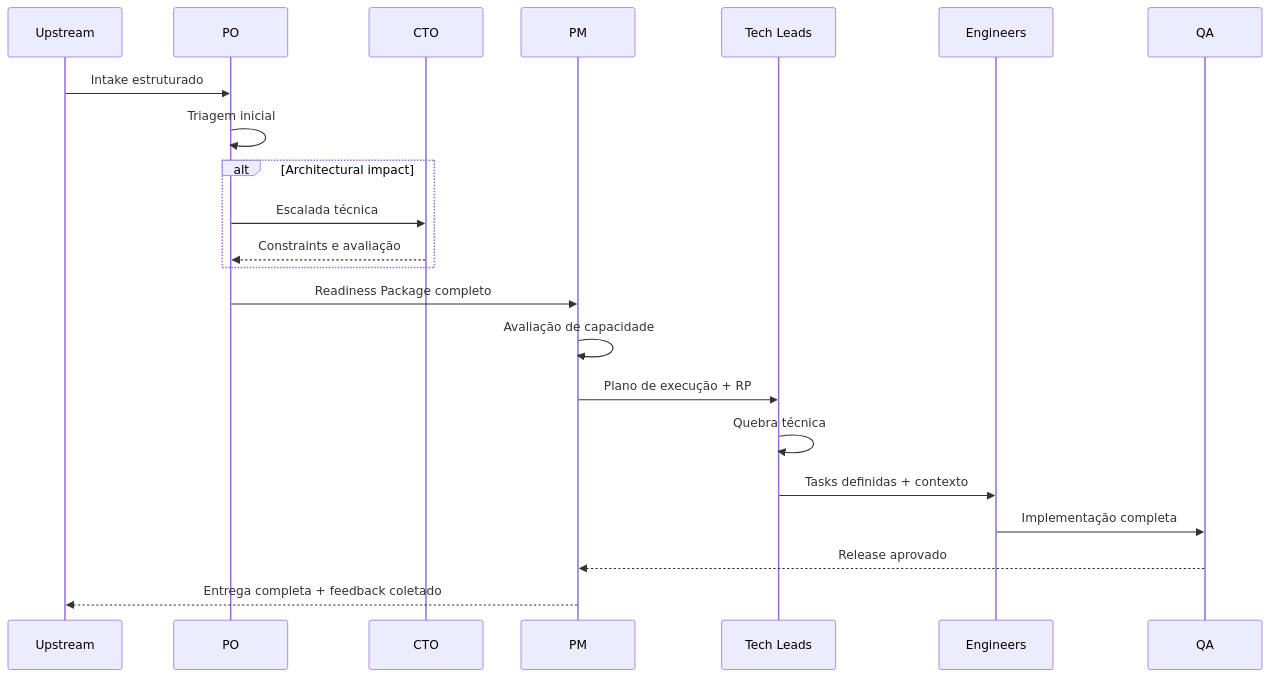
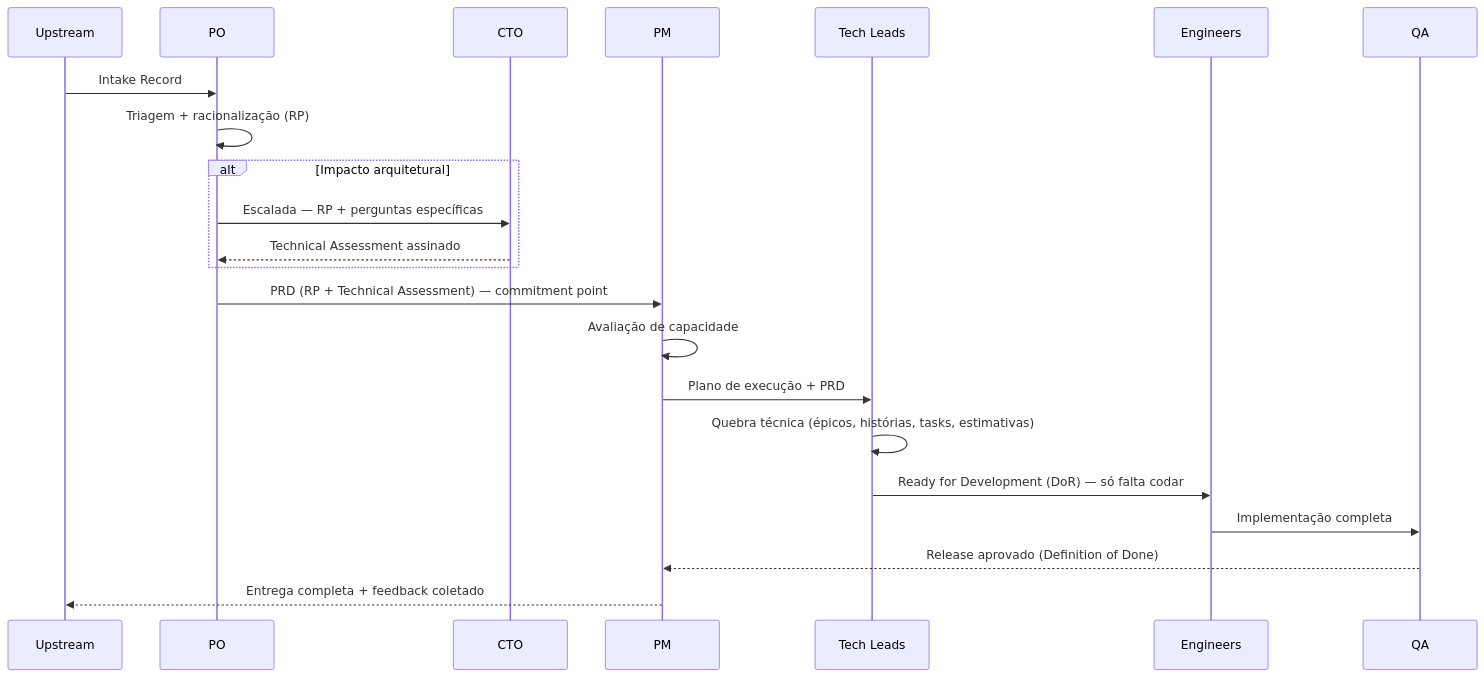
One commit to hugo-hsbtech/teamwork-process changed the eighth of 11 diagrams in README.md. Above: the diagram before and after it, drawn with Mermaid. The commit also changed other lines of this file and 77 other files, not shown here.

First line of the commit message:
Restructure intake layer: separate Submitter brief from PO intake record (#3)

````diff
--- a/README.md
+++ b/README.md
@@ -392,25 +412,25 @@
 ```mermaid
 sequenceDiagram
     participant UP as Upstream
     participant PO as PO
     participant CTO as CTO
     participant PM as PM
     participant TL as Tech Leads
     participant ENG as Engineers
     participant QA as QA
 
-    UP->>PO: Intake estruturado
-    PO->>PO: Triagem inicial
-    alt Architectural impact
-        PO->>CTO: Escalada técnica
-        CTO-->>PO: Constraints e avaliação
+    UP->>PO: Intake Record
+    PO->>PO: Triagem + racionalização (RP)
+    alt Impacto arquitetural
+        PO->>CTO: Escalada — RP + perguntas específicas
+        CTO-->>PO: Technical Assessment assinado
     end
-    PO->>PM: Readiness Package completo
+    PO->>PM: PRD (RP + Technical Assessment) — commitment point
     PM->>PM: Avaliação de capacidade
-    PM->>TL: Plano de execução + RP
-    TL->>TL: Quebra técnica
-    TL->>ENG: Tasks definidas + contexto
+    PM->>TL: Plano de execução + PRD
+    TL->>TL: Quebra técnica (épicos, histórias, tasks, estimativas)
+    TL->>ENG: Ready for Development (DoR) — só falta codar
     ENG->>QA: Implementação completa
-    QA-->>PM: Release aprovado
+    QA-->>PM: Release aprovado (Definition of Done)
     PM-->>UP: Entrega completa + feedback coletado
 ```
````
